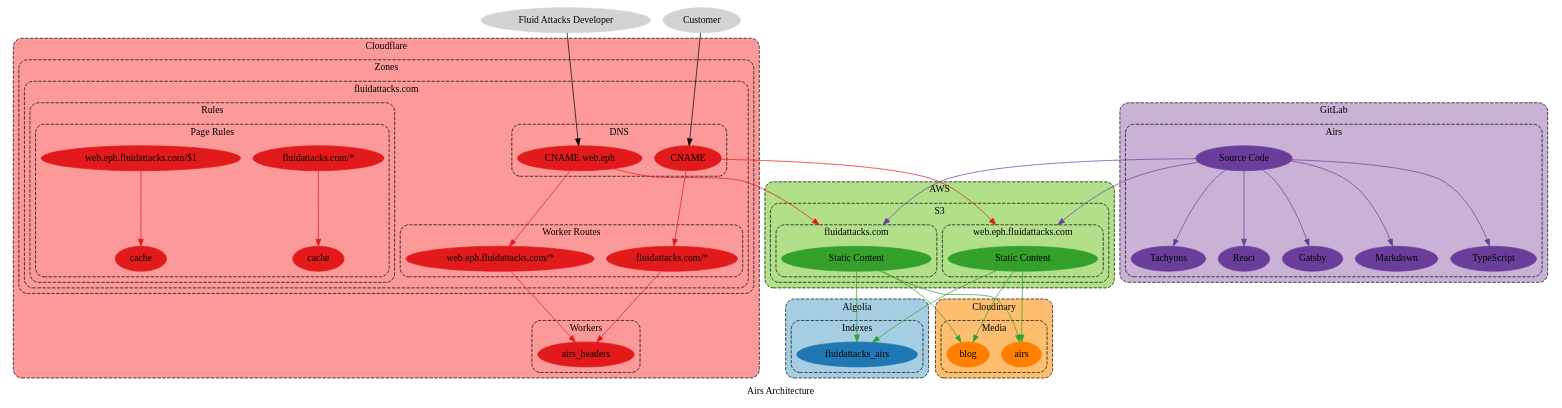
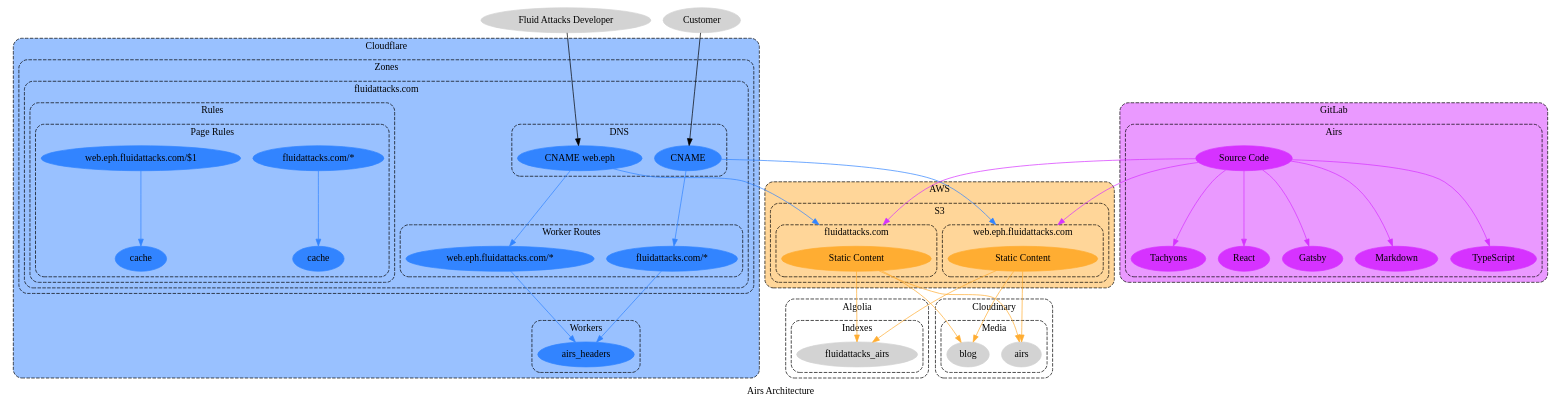
Before and after one commit to jeanbaptistemora/fluidattacks-universe2: the diagram in docs/src/docs/development/products/airs-arch.dot, drawn with Graphviz. The commit also changed 3 other files, not shown here.

```diff
--- a/docs/src/docs/development/products/airs-arch.dot
+++ b/docs/src/docs/development/products/airs-arch.dot
@@ -1,159 +1,159 @@
 // SPDX-FileCopyrightText: 2022 Fluid Attacks <development@fluidattacks.com>
 //
 // SPDX-License-Identifier: MPL-2.0
 
 digraph airs {
   label="Airs Architecture"
   compound="true"
   concentrate="true"
   scale="scalexy"
 
   node[style="filled"]
   graph[style="dashed,rounded"]
 
   subgraph cluster_algolia {
     label="Algolia"
-    bgcolor="/paired12/1"
-    node[color="/paired12/2"]
+    bgcolor="/x11/white"
+    node[color="/x11/lightgray"]
 
     subgraph cluster_algolia_index {
       label="Indexes"
 
       algolia_airs[label="fluidattacks_airs"]
     }
   }
 
   subgraph cluster_aws {
     label="AWS"
-    bgcolor="/paired12/3"
-    node[color="/paired12/4"]
+    bgcolor="0.1 0.4 1.0"
+    node[color="0.1 0.8 1.0"]
 
     subgraph cluster_aws_s3 {
       label="S3"
 
       subgraph cluster_aws_s3_airs_dev {
         label="web.eph.fluidattacks.com"
 
         aws_s3_airs_dev_static[label="Static Content" width="3.0"]
       }
 
       subgraph cluster_aws_s3_airs_prod {
         label="fluidattacks.com"
 
         aws_s3_airs_prod_static[label="Static Content" width="3.0"]
       }
     }
   }
 
   subgraph cluster_cloudflare {
     label="Cloudflare"
-    bgcolor="/paired12/5"
-    node[color="/paired12/6"]
+    bgcolor="0.6 0.4 1.0"
+    node[color="0.6 0.8 1.0"]
 
     subgraph cluster_cloudflare_workers {
       label="Workers"
 
       cluster_cloudflare_workers_airs_headers[label="airs_headers"]
     }
 
     subgraph cluster_cloudflare_zones {
       label="Zones"
 
       subgraph cluster_cloudflare_zone_fluidattacks_com {
         label="fluidattacks.com"
 
         subgraph cluster_cloudflare_zone_fluidattacks_com_dns {
           label="DNS"
 
           cloudflare_zone_fluidattacks_com_dns_cname[label="CNAME"]
           cloudflare_zone_fluidattacks_com_dns_cname_web_eph[label="CNAME web.eph"]
         }
 
         subgraph cluster_cloudflare_zone_fluidattacks_com_rules {
           label="Rules"
 
           subgraph cluster_cloudflare_zone_fluidattacks_com_rules_page {
             label="Page Rules"
 
             cloudflare_zone_fluidattacks_com_rules_page[label="fluidattacks.com/*"]
             cloudflare_zone_fluidattacks_com_rules_page_cache[label="cache"]
             cloudflare_zone_fluidattacks_com_rules_page_web_eph[label="web.eph.fluidattacks.com/$1"]
             cloudflare_zone_fluidattacks_com_rules_page_web_eph_cache[label="cache"]
           }
         }
 
         subgraph cluster_cloudflare_zone_fluidattacks_com_worker_routes {
           label="Worker Routes"
 
           cloudflare_zone_fluidattacks_com_worker_route_dev[label="web.eph.fluidattacks.com/*"]
           cloudflare_zone_fluidattacks_com_worker_route_prod[label="fluidattacks.com/*"]
         }
       }
     }
   }
 
   subgraph cluster_cloudinary {
     label="Cloudinary"
-    bgcolor="/paired12/7"
-    node[color="/paired12/8"]
+    bgcolor="/x11/white"
+    node[color="/x11/lightgray"]
 
     subgraph cluster_cloudinary_media {
       label="Media"
 
       cloudinary_media_airs[label="airs"]
       cloudinary_media_blog[label="blog"]
     }
   }
 
   subgraph cluster_gitlab {
     label="GitLab"
-    bgcolor="/paired12/9"
-    node[color="/paired12/10"]
+    bgcolor="0.8 0.4 1.0"
+    node[color="0.8 0.8 1.0"]
 
     subgraph cluster_gitlab_airs {
       label="Airs"
 
       gitlab_airs[label="Source Code"]
       gitlab_airs_gatsby[label="Gatsby"]
       gitlab_airs_markdown[label="Markdown"]
       gitlab_airs_typescript[label="TypeScript"]
       gitlab_airs_tachyons[label="Tachyons"]
       gitlab_airs_react[label="React"]
     }
   }
 
-  edge[color="/paired12/4"]
+  edge[color="0.1 0.8 1.0"]
   aws_s3_airs_dev_static -> algolia_airs[]
   aws_s3_airs_dev_static -> cloudinary_media_blog[]
   aws_s3_airs_dev_static -> cloudinary_media_airs[]
   aws_s3_airs_prod_static -> algolia_airs[]
   aws_s3_airs_prod_static -> cloudinary_media_blog[]
   aws_s3_airs_prod_static -> cloudinary_media_airs[]
 
-  edge[color="/paired12/6"]
+  edge[color="0.6 0.8 1.0"]
   cloudflare_zone_fluidattacks_com_worker_route_dev -> cluster_cloudflare_workers_airs_headers[]
   cloudflare_zone_fluidattacks_com_worker_route_prod -> cluster_cloudflare_workers_airs_headers[]
   cloudflare_zone_fluidattacks_com_dns_cname -> cloudflare_zone_fluidattacks_com_worker_route_prod[]
   cloudflare_zone_fluidattacks_com_dns_cname_web_eph -> cloudflare_zone_fluidattacks_com_worker_route_dev[]
   cloudflare_zone_fluidattacks_com_dns_cname -> aws_s3_airs_dev_static[lhead="cluster_aws_s3_airs_dev"]
   cloudflare_zone_fluidattacks_com_dns_cname_web_eph -> aws_s3_airs_prod_static[lhead="cluster_aws_s3_airs_prod"]
   cloudflare_zone_fluidattacks_com_rules_page -> cloudflare_zone_fluidattacks_com_rules_page_cache[]
   cloudflare_zone_fluidattacks_com_rules_page_web_eph -> cloudflare_zone_fluidattacks_com_rules_page_web_eph_cache[]
 
-  edge[color="/paired12/10"]
+  edge[color="0.8 0.8 1.0"]
   gitlab_airs -> aws_s3_airs_dev_static[lhead="cluster_aws_s3_airs_dev"]
   gitlab_airs -> aws_s3_airs_prod_static[lhead="cluster_aws_s3_airs_prod"]
   gitlab_airs -> gitlab_airs_gatsby[]
   gitlab_airs -> gitlab_airs_markdown[]
   gitlab_airs -> gitlab_airs_typescript[]
   gitlab_airs -> gitlab_airs_tachyons[]
   gitlab_airs -> gitlab_airs_react[]
 
   node[color="/x11/lightgray"]
   customer[label="Customer"]
   fluid_attacks_developer[label="Fluid Attacks Developer"]
 
   edge[color="/x11/black"]
   customer -> cloudflare_zone_fluidattacks_com_dns_cname[]
   fluid_attacks_developer -> cloudflare_zone_fluidattacks_com_dns_cname_web_eph[]
 }
```
